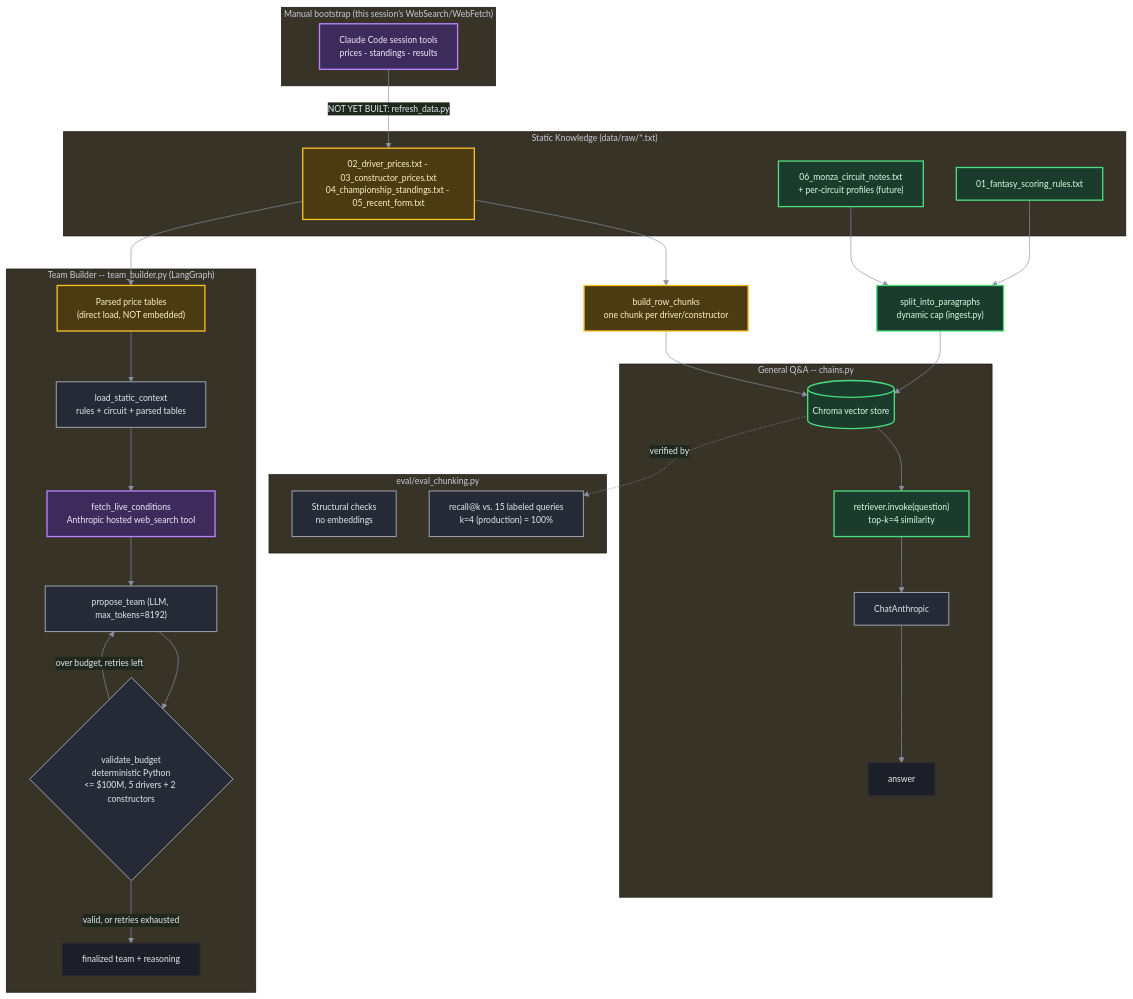
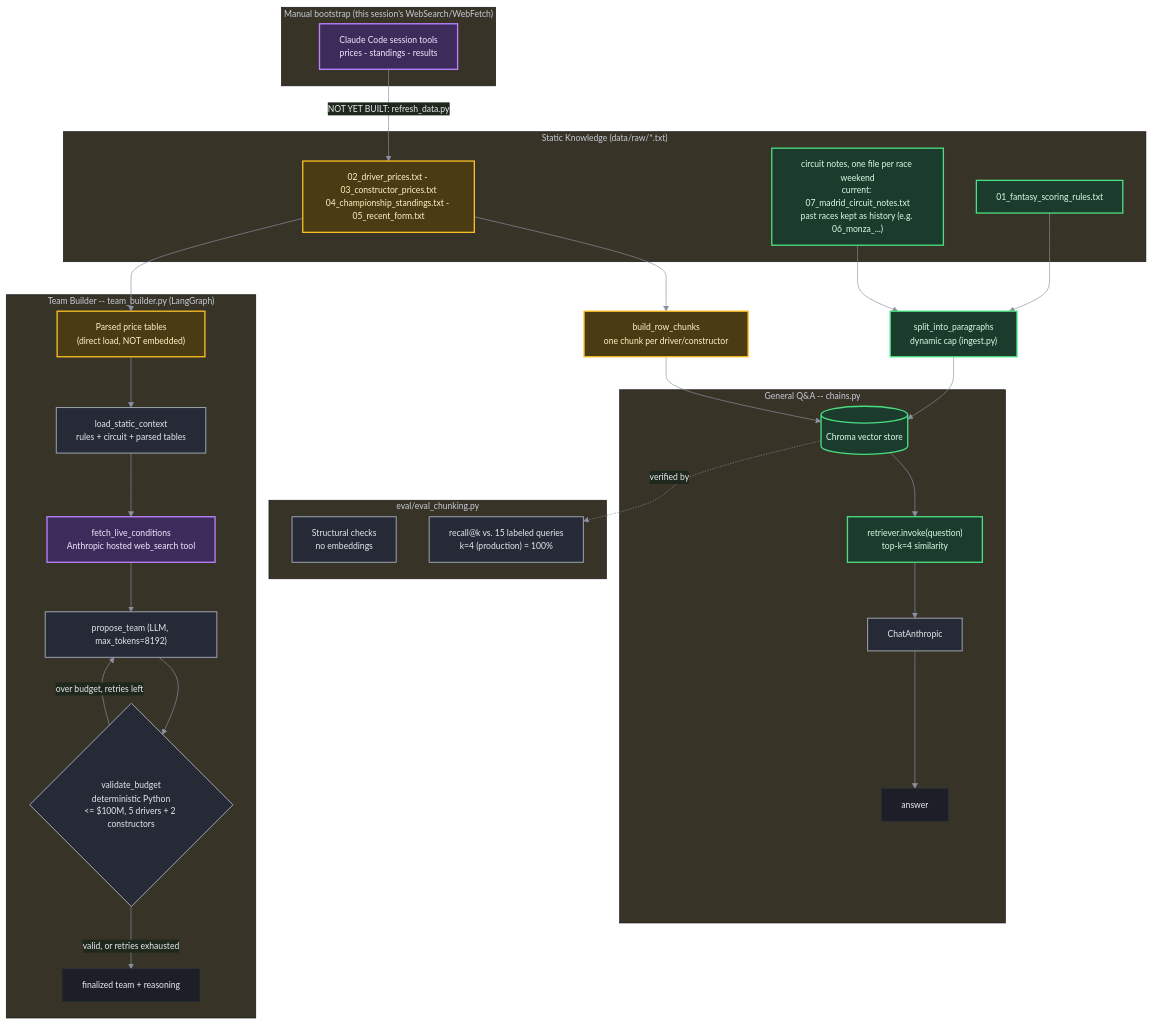
One commit to vishnukannaujia/f1-fantasy changed the diagram in ARCHITECTURE.md. Above: the diagram before and after it, drawn with Mermaid. The commit also changed other lines of this file and 1 other file, not shown here.

Commit message:
Fix stale diagram label and add graceful degradation to live web search
ARCHITECTURE.md's data-flow diagram still named 06_monza_circuit_notes.txt
as the circuit-notes source after last session's switch to Madrid -- caught
via an agent-harness-components audit, updated to describe the actual
per-race-weekend file pattern so it doesn't go stale again next race.

fetch_live_conditions had no error handling at all (confirmed via grep --
the only try/except in the whole codebase was in web/app.py's Flask route).
A network error, timeout, or rate limit there crashed the entire graph
instead of the run degrading to static-context-only reasoning. Now catches
anthropic.APIError (covers timeout/connection/rate-limit/status errors,
verified against the installed SDK's exception hierarchy) and empty results,
falling back to a clear note in live_conditions instead.

````diff
--- a/ARCHITECTURE.md
+++ b/ARCHITECTURE.md
@@ -7,51 +7,51 @@
 ```mermaid
 %%{init: {'theme':'base', 'themeVariables': { 'primaryColor':'#1C1F28','primaryTextColor':'#E8EAF0','primaryBorderColor':'#2A2E3A','lineColor':'#8B90A3','fontFamily':'ui-monospace, monospace','fontSize':'13px' }}}%%
 flowchart TD
     subgraph SRC["Manual bootstrap (this session's WebSearch/WebFetch)"]
         WS1["Claude Code session tools<br/>prices - standings - results"]:::live
     end
 
     subgraph STATIC["Static Knowledge (data/raw/*.txt)"]
         RULES["01_fantasy_scoring_rules.txt"]:::static
-        CIRCUIT["06_monza_circuit_notes.txt<br/>+ per-circuit profiles (future)"]:::static
+        CIRCUIT["circuit notes, one file per race weekend<br/>current: 07_madrid_circuit_notes.txt<br/>past races kept as history (e.g. 06_monza_...)"]:::static
         PRICES["02_driver_prices.txt - 03_constructor_prices.txt<br/>04_championship_standings.txt - 05_recent_form.txt"]:::structured
     end
 
     WS1 -->|"NOT YET BUILT: refresh_data.py"| PRICES
     RULES --> CHUNK["split_into_paragraphs<br/>dynamic cap (ingest.py)"]:::static
     CIRCUIT --> CHUNK
     CHUNK --> VDB[("Chroma vector store")]:::static
     PRICES --> ROWCHUNK["build_row_chunks<br/>one chunk per driver/constructor"]:::structured
     ROWCHUNK --> VDB
     PRICES --> PARSE["Parsed price tables<br/>(direct load, NOT embedded)"]:::structured
 
     subgraph EVAL["eval/eval_chunking.py"]
         STRUCT["Structural checks<br/>no embeddings"]:::neutral
         RECALL["recall@k vs. 15 labeled queries<br/>k=4 (production) = 100%"]:::neutral
     end
     VDB -.verified by.-> RECALL
 
     subgraph QA["General Q&A -- chains.py"]
         RETR["retriever.invoke(question)<br/>top-k=4 similarity"]:::static
         PLAINLLM["ChatAnthropic"]:::neutral
         VDB --> RETR --> PLAINLLM --> ANS["answer"]
     end
 
     subgraph TB["Team Builder -- team_builder.py (LangGraph)"]
         LOAD["load_static_context<br/>rules + circuit + parsed tables"]:::neutral
         LIVE["fetch_live_conditions<br/>Anthropic hosted web_search tool"]:::live
         PROP["propose_team (LLM, max_tokens=8192)"]:::neutral
         VALID{"validate_budget<br/>deterministic Python<br/>&lt;= $100M, 5 drivers + 2 constructors"}:::neutral
         FINAL["finalized team + reasoning"]
 
         PARSE --> LOAD
         LOAD --> LIVE --> PROP --> VALID
         VALID -->|over budget, retries left| PROP
         VALID -->|valid, or retries exhausted| FINAL
     end
 
     classDef live fill:#3D2B5C,stroke:#B983FF,color:#F3E8FF,stroke-width:2px;
     classDef static fill:#1B3B2C,stroke:#4ADE80,color:#DCFCE7,stroke-width:2px;
     classDef structured fill:#4A3B12,stroke:#FBBF24,color:#FEF3C7,stroke-width:2px;
     classDef neutral fill:#262A36,stroke:#9CA3AF,color:#E5E7EB,stroke-width:1.5px;
 ```
````
